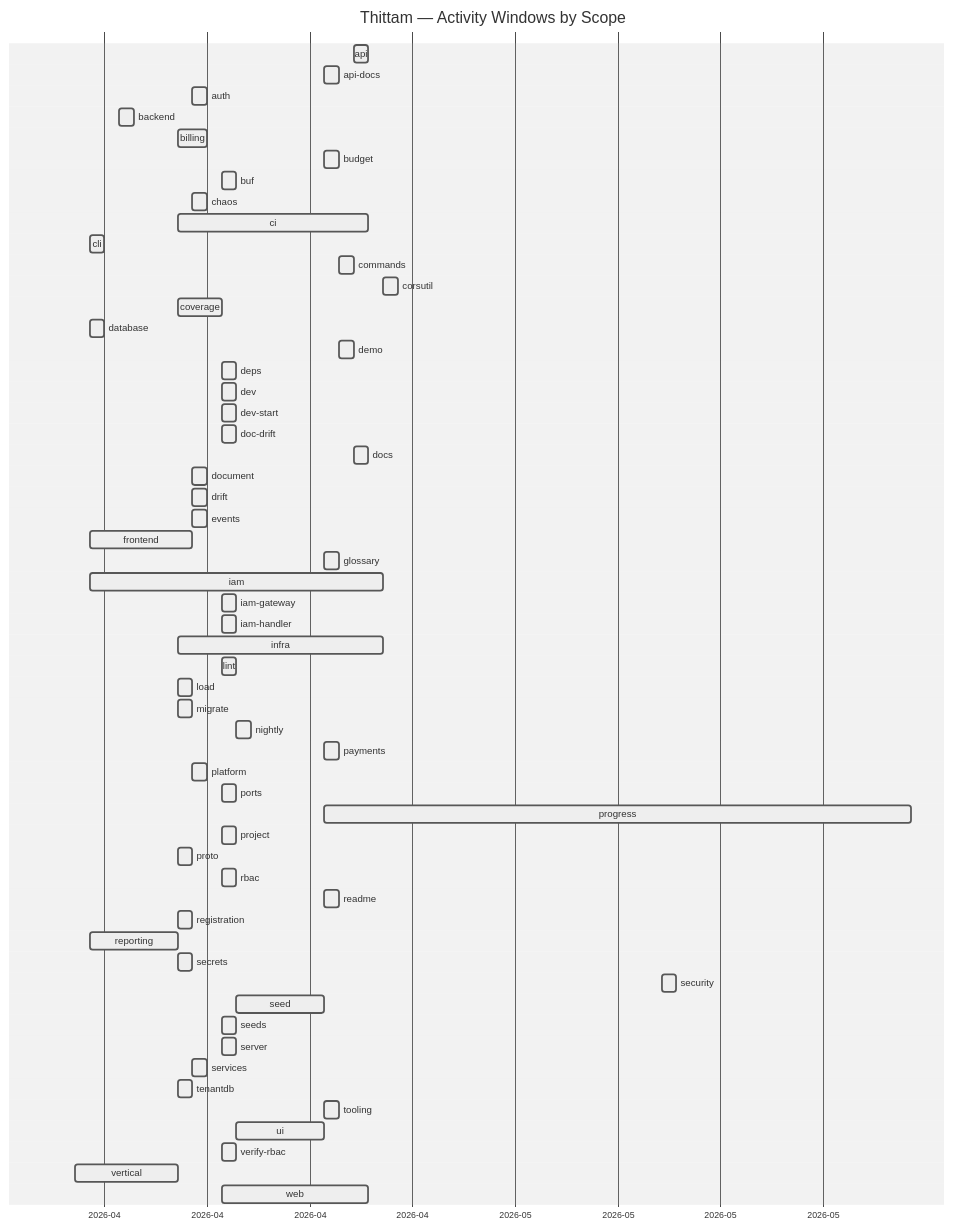
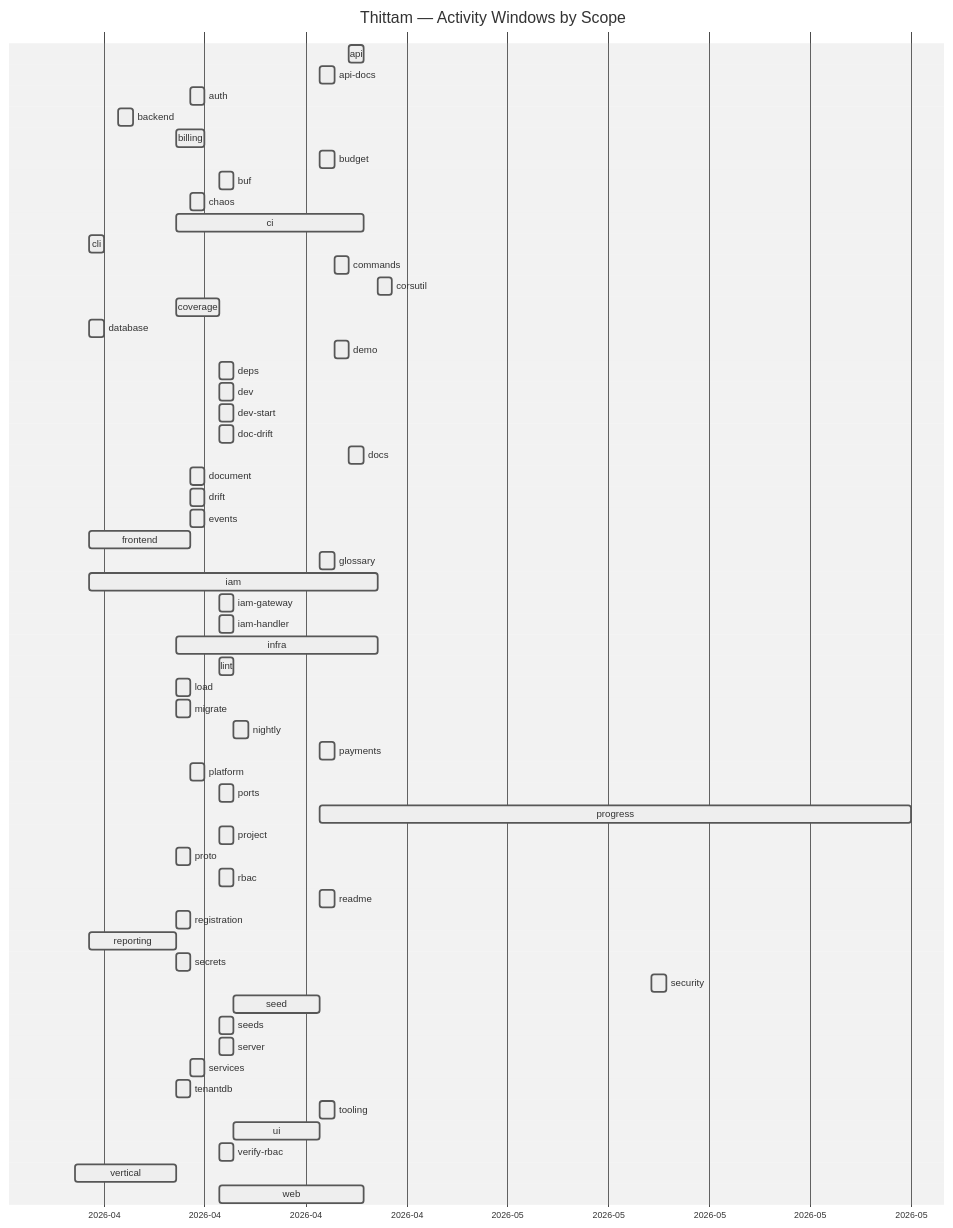
Before and after one commit to wegofwd2020-hub/thittam: the diagram in docs/PROGRESS.md, drawn with Mermaid (neutral theme). The commit also changed other lines of this file and 1 other file, not shown here.

Commit message:
chore(progress): nightly update of docs/PROGRESS.md + CSVs

````diff
--- a/docs/PROGRESS.md
+++ b/docs/PROGRESS.md
@@ -9,61 +9,61 @@
 ```mermaid
 gantt
     title Thittam — Activity Windows by Scope
     dateFormat YYYY-MM-DD
     axisFormat %Y-%m
     api                :active, s_api, 2026-04-22, 2026-04-23
     api-docs           :active, s_api_docs, 2026-04-20, 2026-04-21
     auth               :active, s_auth, 2026-04-11, 2026-04-12
     backend            :active, s_backend, 2026-04-06, 2026-04-07
     billing            :active, s_billing, 2026-04-10, 2026-04-12
     budget             :active, s_budget, 2026-04-20, 2026-04-21
     buf                :active, s_buf, 2026-04-13, 2026-04-14
     chaos              :active, s_chaos, 2026-04-11, 2026-04-12
     ci                 :active, s_ci, 2026-04-10, 2026-04-23
     cli                :active, s_cli, 2026-04-04, 2026-04-05
     commands           :active, s_commands, 2026-04-21, 2026-04-22
     corsutil           :active, s_corsutil, 2026-04-24, 2026-04-25
     coverage           :active, s_coverage, 2026-04-10, 2026-04-13
     database           :active, s_database, 2026-04-04, 2026-04-05
     demo               :active, s_demo, 2026-04-21, 2026-04-22
     deps               :active, s_deps, 2026-04-13, 2026-04-14
     dev                :active, s_dev, 2026-04-13, 2026-04-14
     dev-start          :active, s_dev_start, 2026-04-13, 2026-04-14
     doc-drift          :active, s_doc_drift, 2026-04-13, 2026-04-14
     docs               :active, s_docs, 2026-04-22, 2026-04-23
     document           :active, s_document, 2026-04-11, 2026-04-12
     drift              :active, s_drift, 2026-04-11, 2026-04-12
     events             :active, s_events, 2026-04-11, 2026-04-12
     frontend           :active, s_frontend, 2026-04-04, 2026-04-11
     glossary           :active, s_glossary, 2026-04-20, 2026-04-21
     iam                :active, s_iam, 2026-04-04, 2026-04-24
     iam-gateway        :active, s_iam_gateway, 2026-04-13, 2026-04-14
     iam-handler        :active, s_iam_handler, 2026-04-13, 2026-04-14
     infra              :active, s_infra, 2026-04-10, 2026-04-24
     lint               :active, s_lint, 2026-04-13, 2026-04-14
     load               :active, s_load, 2026-04-10, 2026-04-11
     migrate            :active, s_migrate, 2026-04-10, 2026-04-11
     nightly            :active, s_nightly, 2026-04-14, 2026-04-15
     payments           :active, s_payments, 2026-04-20, 2026-04-21
     platform           :active, s_platform, 2026-04-11, 2026-04-12
     ports              :active, s_ports, 2026-04-13, 2026-04-14
-    progress           :active, s_progress, 2026-04-20, 2026-05-30
+    progress           :active, s_progress, 2026-04-20, 2026-05-31
     project            :active, s_project, 2026-04-13, 2026-04-14
     proto              :active, s_proto, 2026-04-10, 2026-04-11
     rbac               :active, s_rbac, 2026-04-13, 2026-04-14
     readme             :active, s_readme, 2026-04-20, 2026-04-21
     registration       :active, s_registration, 2026-04-10, 2026-04-11
     reporting          :active, s_reporting, 2026-04-04, 2026-04-10
     secrets            :active, s_secrets, 2026-04-10, 2026-04-11
     security           :active, s_security, 2026-05-13, 2026-05-14
     seed               :active, s_seed, 2026-04-14, 2026-04-20
     seeds              :active, s_seeds, 2026-04-13, 2026-04-14
     server             :active, s_server, 2026-04-13, 2026-04-14
     services           :active, s_services, 2026-04-11, 2026-04-12
     tenantdb           :active, s_tenantdb, 2026-04-10, 2026-04-11
     tooling            :active, s_tooling, 2026-04-20, 2026-04-21
     ui                 :active, s_ui, 2026-04-14, 2026-04-20
     verify-rbac        :active, s_verify_rbac, 2026-04-13, 2026-04-14
     vertical           :active, s_vertical, 2026-04-03, 2026-04-10
     web                :active, s_web, 2026-04-13, 2026-04-23
 ```
````
